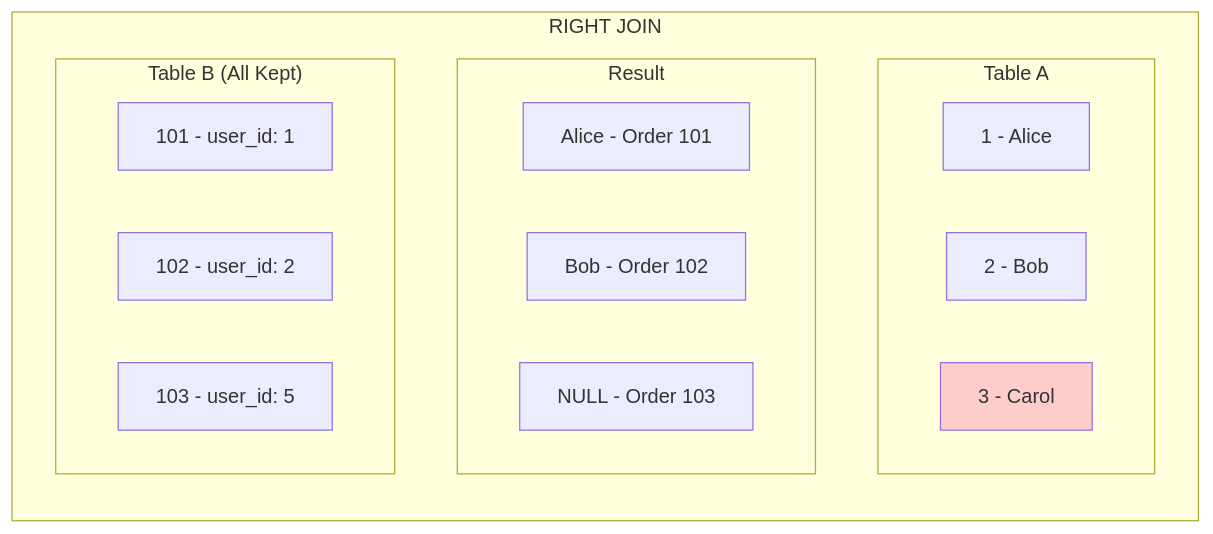
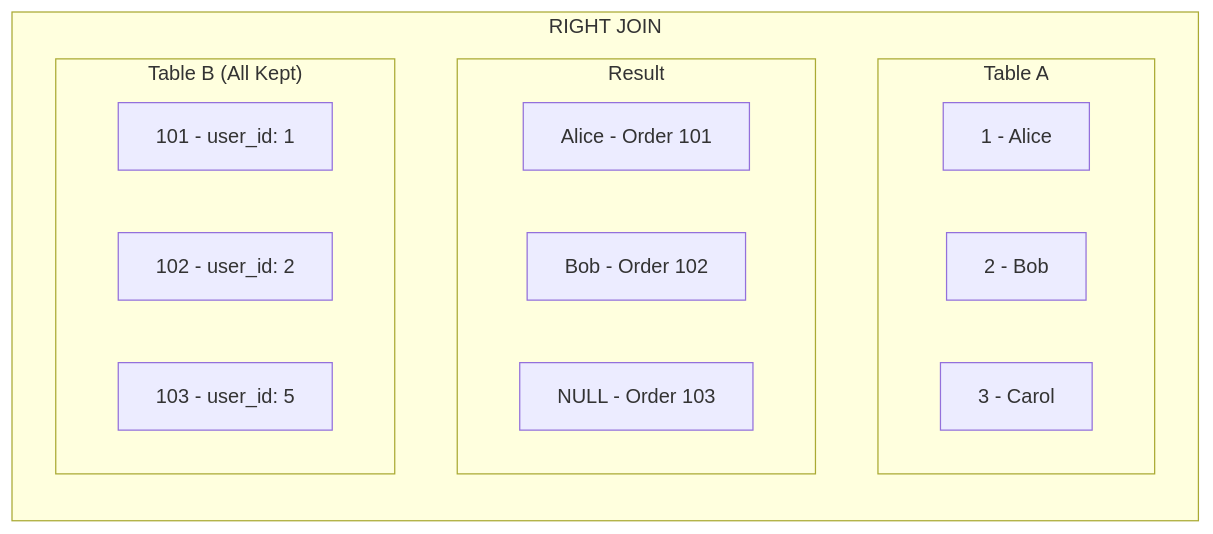
The fifth of 11 diagrams in src/docs/sql/fundamentals/joins.mdx (ImRLopezAG/dev-docs), drawn with Mermaid before and after one commit. The commit also changed other lines of this file and 37 other files, not shown here.

First line of the commit message:
feat: enhance documentation with mermaid diagrams and improve JSON handling in Vite config

````diff
--- a/src/docs/sql/fundamentals/joins.mdx
+++ b/src/docs/sql/fundamentals/joins.mdx
@@ -134,22 +135,22 @@
 ```mermaid
+
 flowchart LR
     subgraph "RIGHT JOIN"
         direction TB
         subgraph "Table A"
             A1[1 - Alice]
             A2[2 - Bob]
             A3[3 - Carol]
         end
         subgraph "Result"
             R1[Alice - Order 101]
             R2[Bob - Order 102]
             R3[NULL - Order 103]
         end
         subgraph "Table B (All Kept)"
             B1[101 - user_id: 1]
             B2[102 - user_id: 2]
             B3[103 - user_id: 5]
         end
     end
-    style A3 fill:#ffcccc
 ```
````
